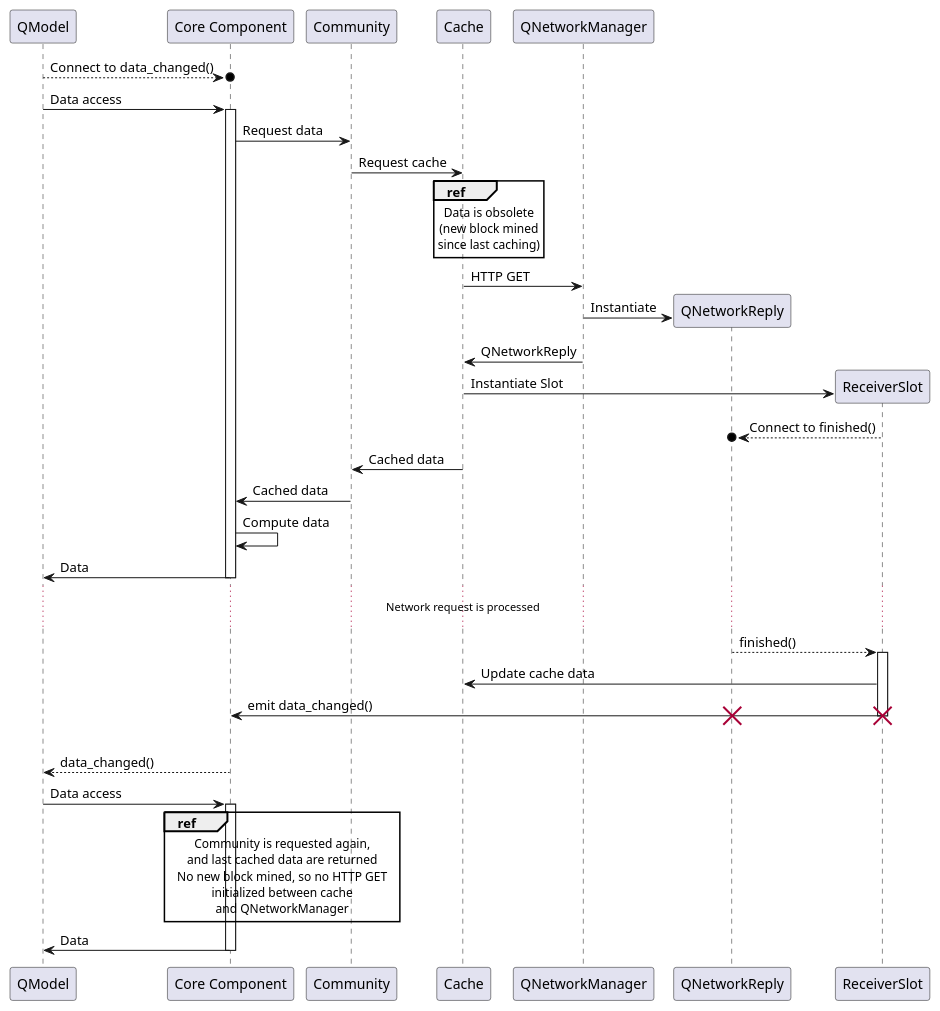
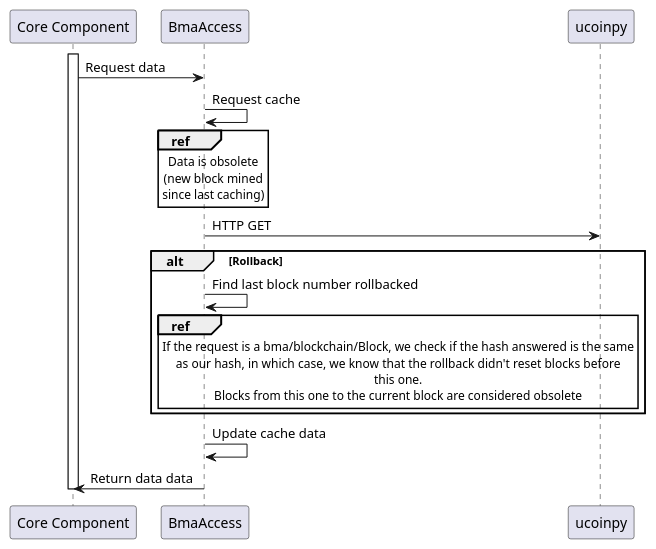
The diagram in doc/uml/requests.pu (duniter/sakia), drawn with PlantUML before and after one commit. The commit also changed 13 other files, not shown here.

```diff
--- a/doc/uml/requests.pu
+++ b/doc/uml/requests.pu
@@ -1,50 +1,27 @@
 @startuml
 
-QModel -->o "Core Component" : Connect to data_changed()
-QModel -> "Core Component" : Data access
 activate "Core Component"
-"Core Component" -> Community : Request data
-Community -> Cache : Request cache
-ref over Cache
-Data is obsolete
-(new block mined
-since last caching)
+"Core Component" -> BmaAccess : Request data
+BmaAccess -> BmaAccess : Request cache
+ref over BmaAccess
+    Data is obsolete
+    (new block mined
+    since last caching)
 end ref
-Cache -> QNetworkManager : HTTP GET
-create QNetworkReply
-QNetworkManager -> QNetworkReply : Instantiate
-Cache <- QNetworkManager : QNetworkReply
-create ReceiverSlot
-Cache -> ReceiverSlot : Instantiate Slot
-QNetworkReply o<-- ReceiverSlot : Connect to finished()
-Community <- Cache : Cached data
-"Core Component" <- Community : Cached data
-"Core Component" -> "Core Component" : Compute data
-QModel <- "Core Component" : Data
-deactivate "Core Component"
+BmaAccess -> ucoinpy : HTTP GET
+alt Rollback
+BmaAccess -> BmaAccess : Find last block number rollbacked
+ref over BmaAccess
+    If the request is a bma/blockchain/Block, we check if the hash answered is the same
+    as our hash, in which case, we know that the rollback didn't reset blocks before
+    this one.
+    Blocks from this one to the current block are considered obsolete
+end ref
+end
+BmaAccess -> BmaAccess : Update cache data
 
-...Network request is processed...
-
-ReceiverSlot <-- QNetworkReply  : finished()
-activate ReceiverSlot
-ReceiverSlot -> Cache : Update cache data
-ReceiverSlot -> "Core Component" : emit data_changed()
-deactivate ReceiverSlot
-destroy ReceiverSlot
-destroy QNetworkReply
-|||
-QModel <-- "Core Component" : data_changed()
-QModel -> "Core Component" : Data access
-activate "Core Component"
-ref over "Core Component", Community
-Community is requested again,
-and last cached data are returned
-No new block mined, so no HTTP GET
-initialized between cache
-and QNetworkManager
-end ref
-QModel <- "Core Component" : Data
+"Core Component" <- BmaAccess : Return data data
 deactivate "Core Component"
 
 
 @enduml
```
